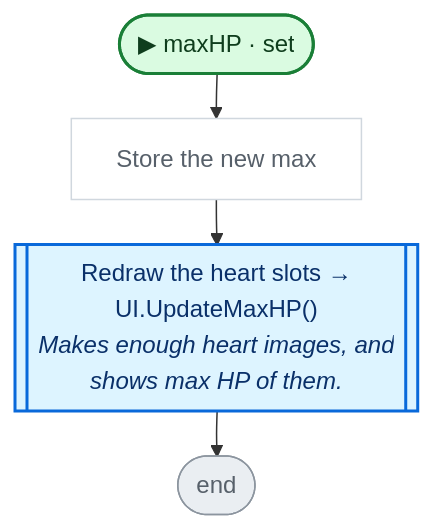
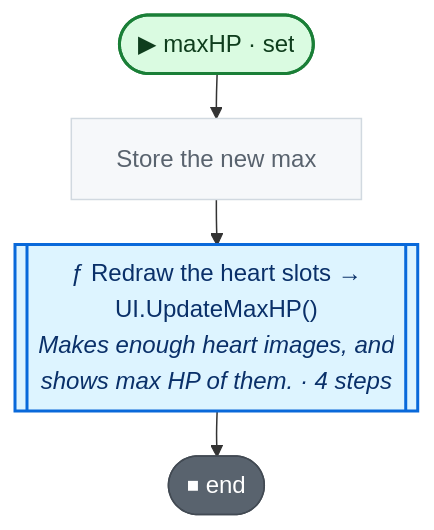
The fifth of 15 diagrams in CodeGraph~/graph/Player.cs.md (nataiai/Lord-of-the-Dungeon), drawn with Mermaid before and after one commit. The commit also changed other lines of this file and 57 other files, not shown here.

````diff
--- a/CodeGraph~/graph/Player.cs.md
+++ b/CodeGraph~/graph/Player.cs.md
@@ -249,35 +251,35 @@
 ```mermaid
 ---
 config:
   flowchart:
     wrappingWidth: 260
     nodeSpacing: 26
     rankSpacing: 30
 ---
 flowchart TD
   nS(["▶ maxHP · set"])
   ncafc6a["Store the new max"]
-  nfc32bd[["Redraw the heart slots →<br>UI.UpdateMaxHP()<br><i>Makes enough heart images, and</i><br><i>shows max HP of them.</i>"]]
-  nE(["end"])
+  nfc32bd[["ƒ Redraw the heart slots →<br>UI.UpdateMaxHP()<br><i>Makes enough heart images, and</i><br><i>shows max HP of them. · 4 steps</i>"]]
+  nE(["⏹ end"])
   nS --> ncafc6a
   ncafc6a --> nfc32bd
   nfc32bd --> nE
   classDef unity fill:#dafbe1,stroke:#1a7f37,stroke-width:2px,color:#0f3d1d
   classDef start fill:#dafbe1,stroke:#1a7f37,stroke-width:2px,color:#0f3d1d
-  classDef calc fill:#ffffff,stroke:#d0d7de,color:#57606a
+  classDef calc fill:#f6f8fa,stroke:#d1d9e0,color:#59636e
   classDef calls fill:#ddf4ff,stroke:#0969da,stroke-width:2px,color:#0a3069
-  classDef ext fill:#ddf4ff,stroke:#0969da,stroke-width:2px,stroke-dasharray:5 3,color:#0a3069
-  classDef cond fill:#fff8c5,stroke:#bf8700,stroke-width:1.5px,color:#3d2a00
-  classDef loop fill:#f6f8fa,stroke:#57606a,color:#1f2328
-  classDef exit fill:#ffebe9,stroke:#cf222e,color:#82071e
+  classDef ext fill:#f6f8fa,stroke:#59636e,stroke-width:1.5px,stroke-dasharray:5 5,color:#1f2328
+  classDef cond fill:#fff8c5,stroke:#9a6700,stroke-width:1.5px,color:#3d2a00
+  classDef loop fill:#fff8c5,stroke:#9a6700,color:#3d2a00
+  classDef wait fill:#fff8c5,stroke:#9a6700,color:#3d2a00
+  classDef exit fill:#59636e,stroke:#424a53,color:#ffffff
+  classDef fin fill:#59636e,stroke:#424a53,color:#ffffff
+  classDef act fill:#ffffff,stroke:#59636e,stroke-width:1.5px,color:#1f2328
   classDef kill fill:#ffebe9,stroke:#cf222e,stroke-width:2px,color:#82071e
-  classDef spawn fill:#dafbe1,stroke:#1a7f37,stroke-width:2px,color:#0f3d1d
-  classDef wait fill:#fff1e5,stroke:#bc4c00,color:#4d1d00
-  classDef fin fill:#eaeef2,stroke:#8c959f,color:#57606a
   classDef join fill:#d0d7de,stroke:#8c959f,color:#57606a
   classDef ghdr fill:#f5f9ff,stroke:#f5f9ff,color:#0a3069,font-weight:bold
   class ncafc6a calc
   class nfc32bd calls
   class nE fin
   class nS start
 ```
````
